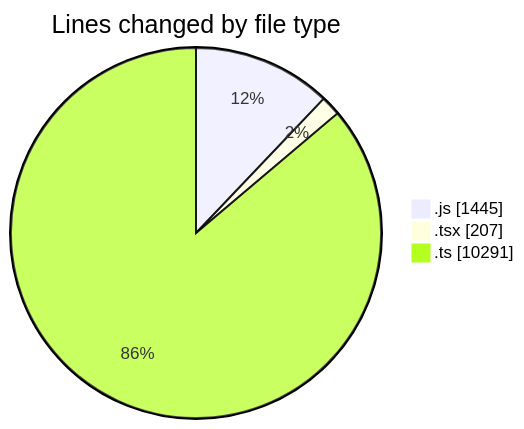
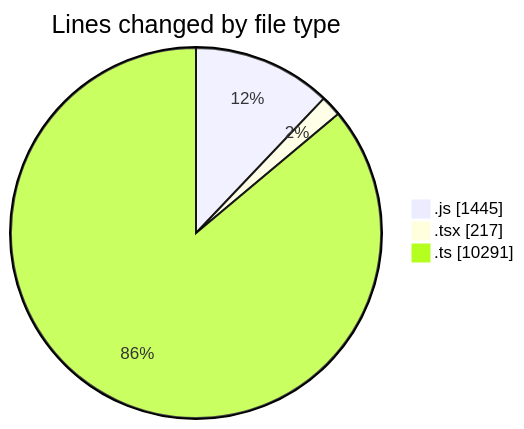
Before and after one commit to momahboobian/code-tracking: the first of 2 diagrams in 2025-03-13/cda/README.md, drawn with Mermaid. The commit also changed other lines of this file and 1 other file, not shown here.

````diff
--- a/2025-03-13/cda/README.md
+++ b/2025-03-13/cda/README.md
@@ -32,7 +32,7 @@
 ```mermaid
 pie showData
 title Lines changed by file type
 ".js" : 1445
-".tsx" : 207
+".tsx" : 217
 ".ts" : 10291
 ```
````
